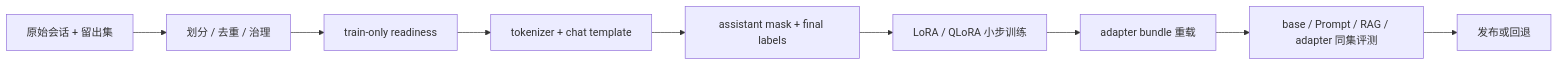
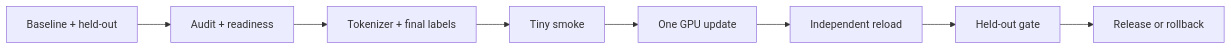
One commit to NightLemon/about-llm changed the diagram in docs/practice/projects/single-gpu-finetuning.md. Above: the diagram before and after it, drawn with Mermaid. The commit also changed other lines of this file and 9 other files, not shown here.

````diff
--- a/docs/practice/projects/single-gpu-finetuning.md
+++ b/docs/practice/projects/single-gpu-finetuning.md
@@ -28,11 +25,10 @@
 ```mermaid
 flowchart LR
-  A["原始会话 + 留出集"] --> B["划分 / 去重 / 治理"]
-  B --> C["train-only readiness"]
-  C --> D["tokenizer + chat template"]
-  D --> E["assistant mask + final labels"]
-  E --> F["LoRA / QLoRA 小步训练"]
-  F --> G["adapter bundle 重载"]
-  G --> H["base / Prompt / RAG / adapter 同集评测"]
-  H --> I["发布或回退"]
+  A["Baseline + held-out"] --> B["Audit + readiness"]
+  B --> C["Tokenizer + final labels"]
+  C --> D["Tiny smoke"]
+  D --> E["One GPU update"]
+  E --> F["Independent reload"]
+  F --> G["Held-out gate"]
+  G --> H["Release or rollback"]
 ```
````
